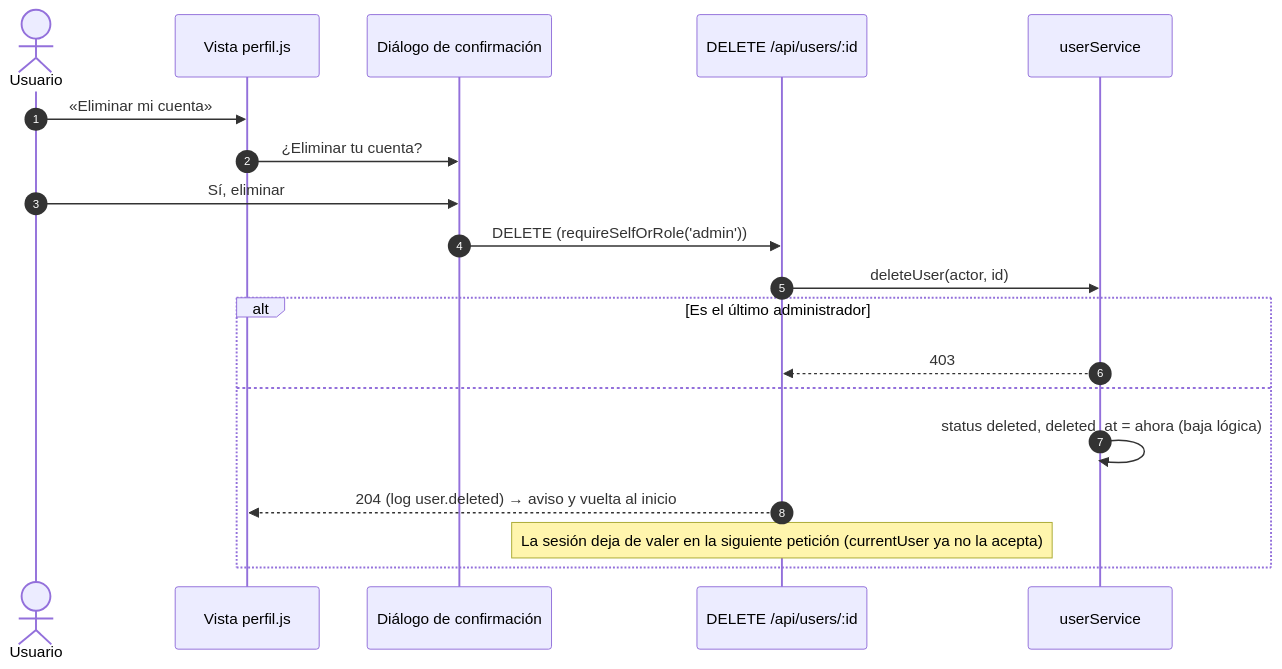
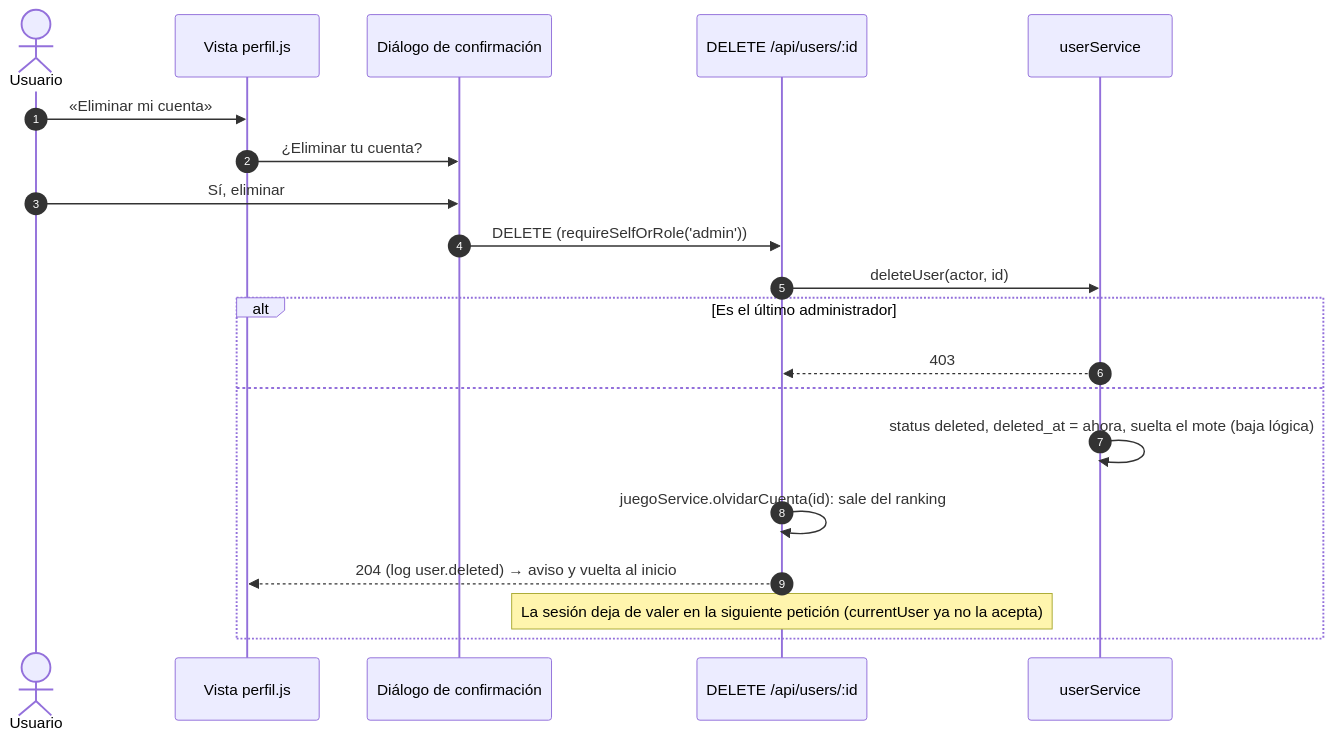
Diagram 13 of 20 in docs/documentacion-tecnica.md (VelaElDios/la-grada-colchonera-saas), drawn with Mermaid before and after one commit. The commit also changed other lines of this file and 18 other files, not shown here.

````diff
--- a/docs/documentacion-tecnica.md
+++ b/docs/documentacion-tecnica.md
@@ -633,21 +635,22 @@
 ```mermaid
 sequenceDiagram
     autonumber
     actor U as Usuario
     participant V as Vista perfil.js
     participant D as Diálogo de confirmación
     participant A as DELETE /api/users/:id
     participant S as userService
     U->>V: «Eliminar mi cuenta»
     V->>D: ¿Eliminar tu cuenta?
     U->>D: Sí, eliminar
     D->>A: DELETE (requireSelfOrRole('admin'))
     A->>S: deleteUser(actor, id)
     alt Es el último administrador
         S-->>A: 403
     else
-        S->>S: status deleted, deleted_at = ahora (baja lógica)
+        S->>S: status deleted, deleted_at = ahora, suelta el mote (baja lógica)
+        A->>A: juegoService.olvidarCuenta(id): sale del ranking
         A-->>V: 204 (log user.deleted) → aviso y vuelta al inicio
         Note over A: La sesión deja de valer en la siguiente petición (currentUser ya no la acepta)
     end
 ```
````
